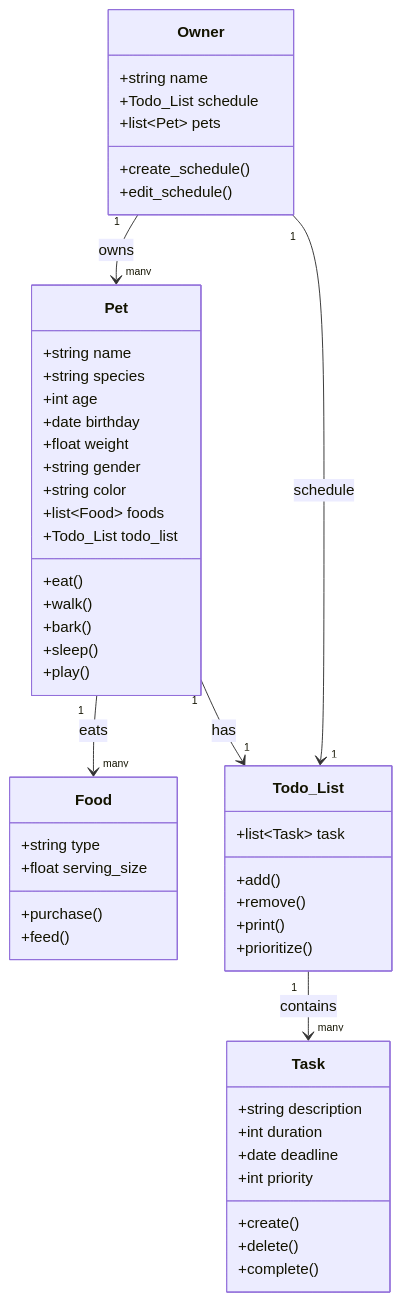
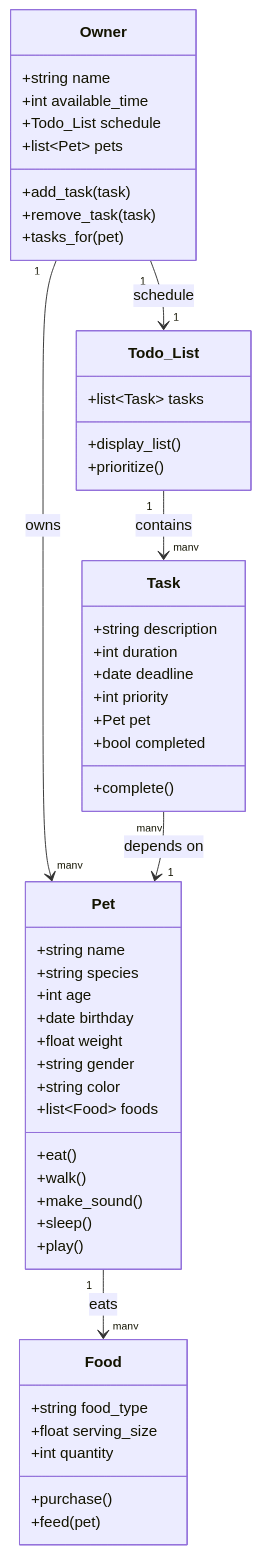
The diagram in diagrams/uml_draft.mmd (Slicorish/ai110-module2-pawpal-starter), drawn with Mermaid before and after one commit. The commit also changed 3 other files, not shown here.

```diff
--- a/diagrams/uml_draft.mmd
+++ b/diagrams/uml_draft.mmd
@@ -1,56 +1,56 @@
 classDiagram
     class Pet {
         +string name
         +string species
         +int age
         +date birthday
         +float weight
         +string gender
         +string color
         +list~Food~ foods
-        +Todo_List todo_list
         +eat()
         +walk()
-        +bark()
+        +make_sound()
         +sleep()
         +play()
     }
 
     class Food {
-        +string type
+        +string food_type
         +float serving_size
+        +int quantity
         +purchase()
-        +feed()
+        +feed(pet)
     }
 
     class Todo_List {
-        +list~Task~ task
-        +add()
-        +remove()
-        +print()
+        +list~Task~ tasks
+        +display_list()
         +prioritize()
     }
 
     class Task {
         +string description
         +int duration
         +date deadline
         +int priority
-        +create()
-        +delete()
+        +Pet pet
+        +bool completed
         +complete()
     }
 
     class Owner {
         +string name
+        +int available_time
         +Todo_List schedule
         +list~Pet~ pets
-        +create_schedule()
-        +edit_schedule()
+        +add_task(task)
+        +remove_task(task)
+        +tasks_for(pet)
     }
 
     Owner "1" --> "many" Pet : owns
+    Owner "1" --> "1" Todo_List : schedule
     Pet "1" --> "many" Food : eats
-    Pet "1" --> "1" Todo_List : has
     Todo_List "1" --> "many" Task : contains
-    Owner "1" --> "1" Todo_List : schedule
+    Task "many" --> "1" Pet : depends on
```
